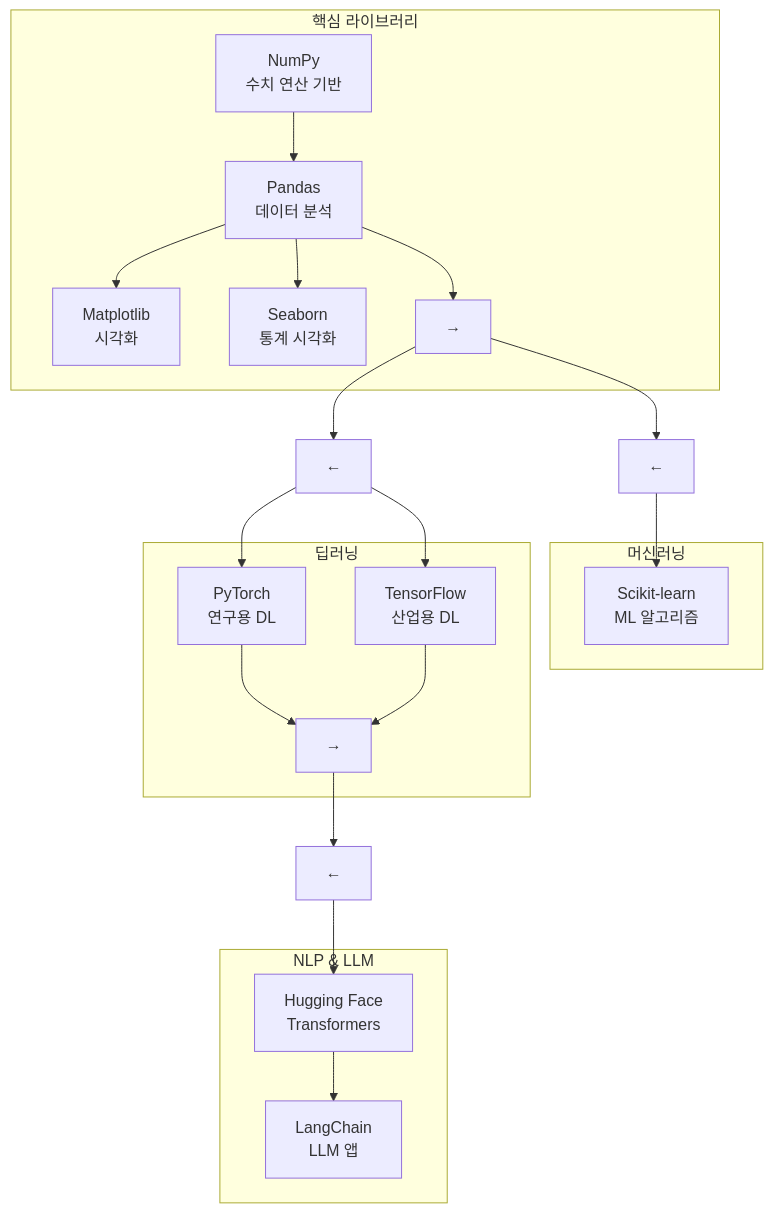
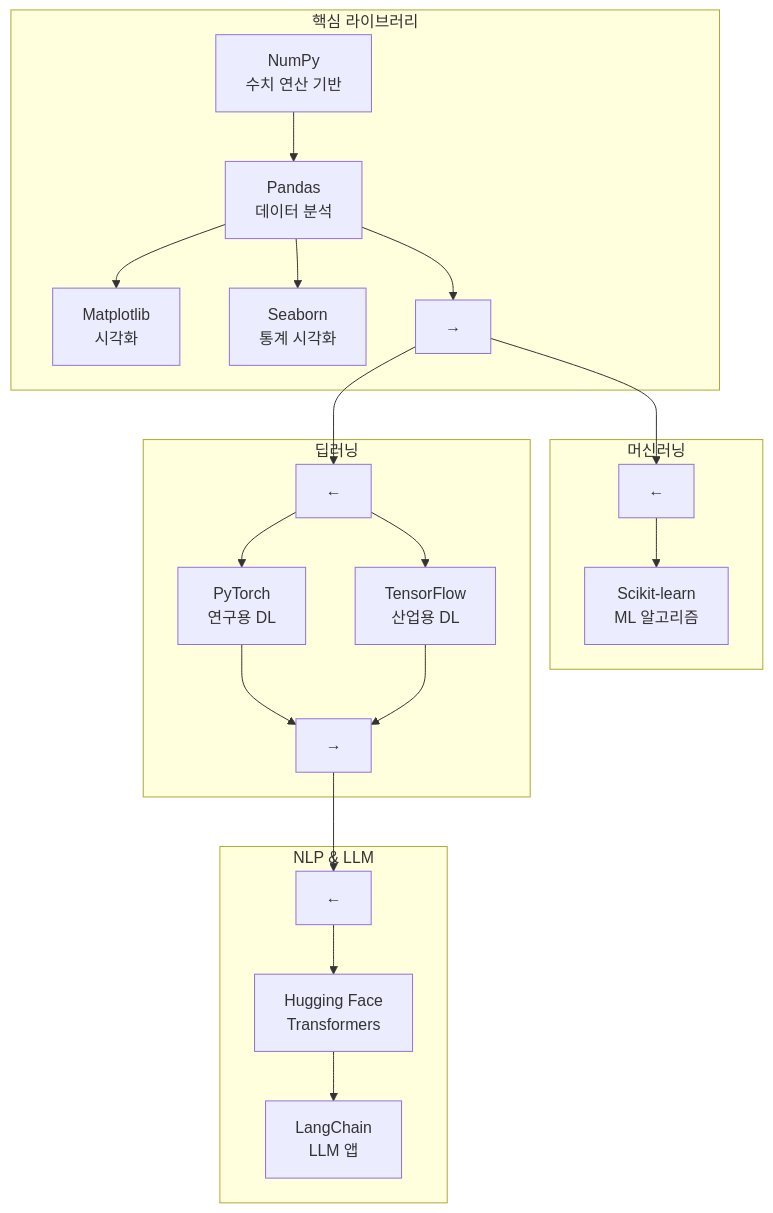
One commit to jingu279/Document changed the fifth of 7 diagrams in ai-programming/01_서론/02_개발_환경.md. Above: the diagram before and after it, drawn with Mermaid. The commit also changed other lines of this file and 8 other files, not shown here.

First line of the commit message:
Fix remaining mermaid issues: bridge references, reserved keywords, lint errors

````diff
--- a/ai-programming/01_서론/02_개발_환경.md
+++ b/ai-programming/01_서론/02_개발_환경.md
@@ -488,43 +489,38 @@
 ```mermaid
 flowchart TB
   subgraph Core[핵심 라이브러리]
     NP["NumPy<br/>수치 연산 기반"]
     PD["Pandas<br/>데이터 분석"]
     MP["Matplotlib<br/>시각화"]
     SB["Seaborn<br/>통계 시각화"]
     NP --> PD
     PD --> MP
     PD --> SB
     PD --> CoreOut
   end
   CoreOut["→"]
 
   subgraph ML[머신러닝]
-    SK["Scikit-learn<br/>ML 알고리즘"]
+    MLIn --> SK["Scikit-learn<br/>ML 알고리즘"]
   end
   MLIn["←"]
-  MLIn --> SK
 
   subgraph DL[딥러닝]
-    PT["PyTorch<br/>연구용 DL"]
-    TF["TensorFlow<br/>산업용 DL"]
+    DLIn --> PT["PyTorch<br/>연구용 DL"]
+    DLIn --> TF["TensorFlow<br/>산업용 DL"]
     PT --> DLOut
     TF --> DLOut
   end
   DLIn["←"]
-  DLIn --> PT
-  DLIn --> TF
   DLOut["→"]
 
   subgraph NLP[NLP & LLM]
-    HF["Hugging Face<br/>Transformers"]
-    LC["LangChain<br/>LLM 앱"]
-    HF --> LC
+    NLPIn --> HF["Hugging Face<br/>Transformers"]
+    HF --> LC["LangChain<br/>LLM 앱"]
   end
   NLPIn["←"]
-  NLPIn --> HF
 
   CoreOut --> MLIn
   CoreOut --> DLIn
   DLOut --> NLPIn
 ```
````
